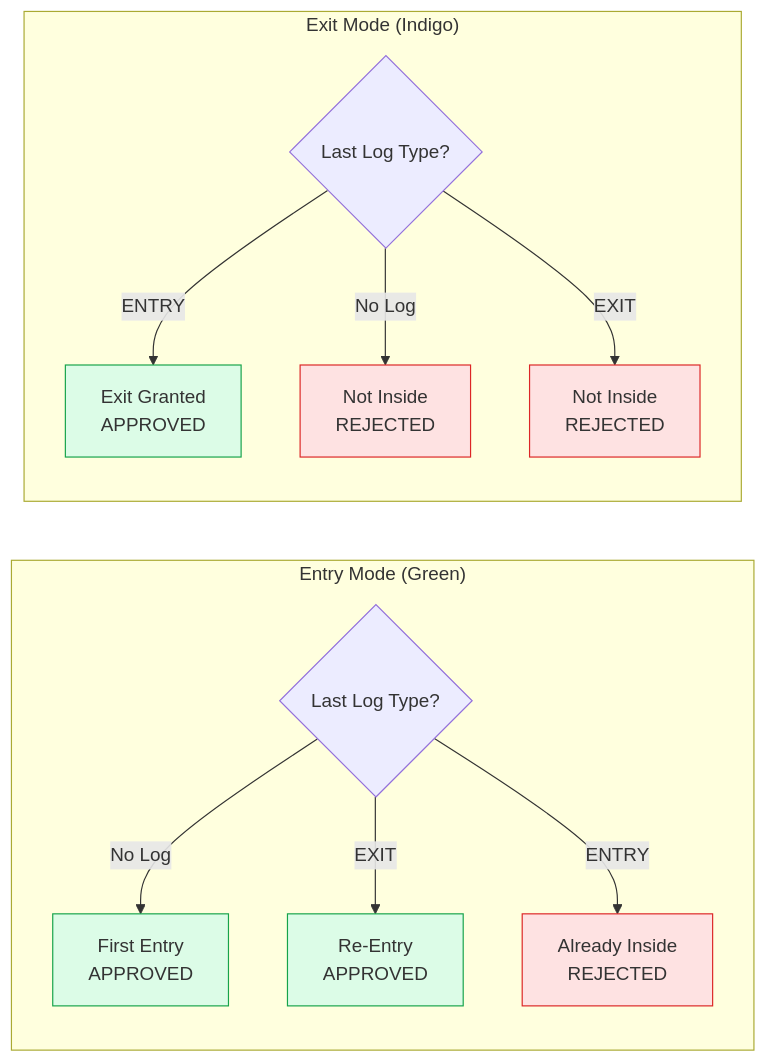
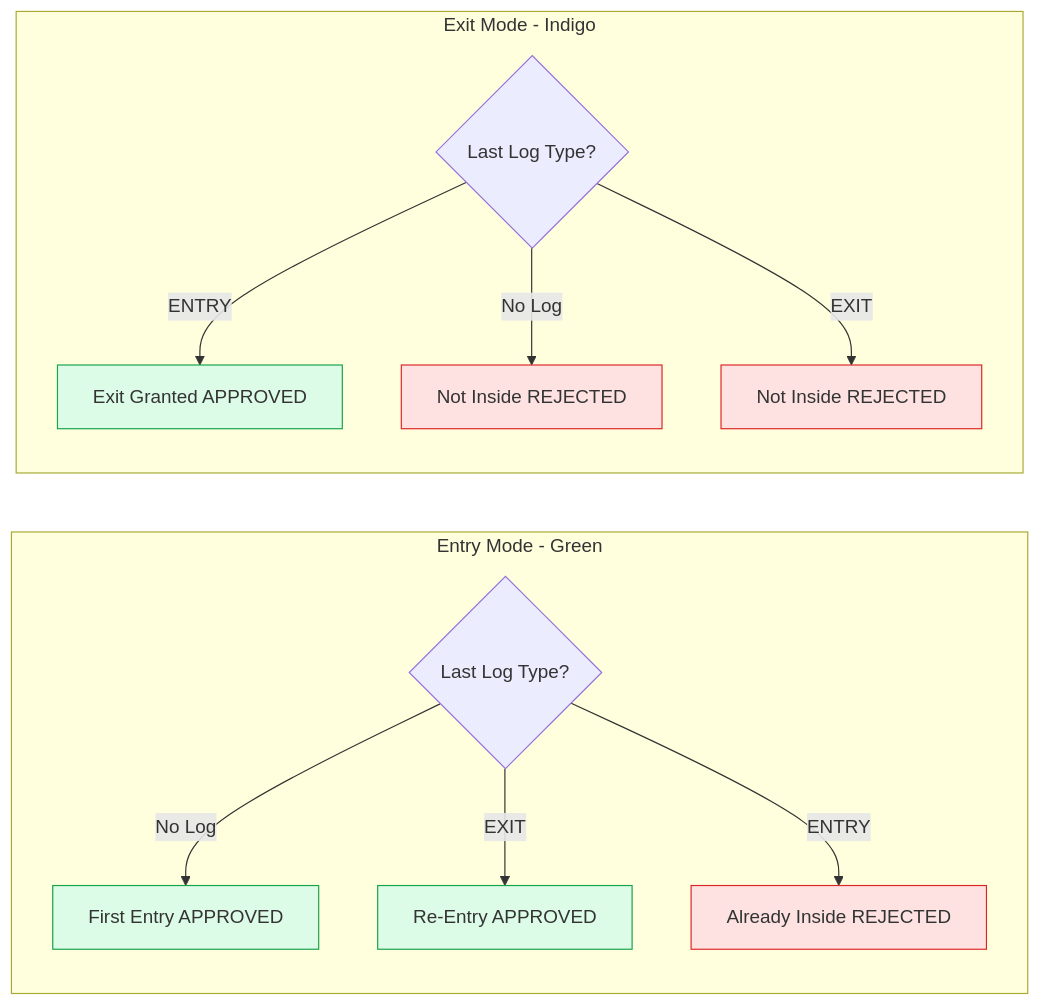
Before and after one commit to MuhammadAliyan10/SENTINEL: the third of 4 diagrams in docs/App.md, drawn with Mermaid. The commit also changed 1 other file, not shown here.

Commit message:
Fix the canvas rendring issue

````diff
--- a/docs/App.md
+++ b/docs/App.md
@@ -619,23 +619,23 @@
 ```mermaid
 flowchart LR
-    subgraph Entry["Entry Mode (Green)"]
+    subgraph Entry["Entry Mode - Green"]
         E1{Last Log Type?}
-        E1 -->|No Log| E2[First Entry<br/>APPROVED]
-        E1 -->|EXIT| E3[Re-Entry<br/>APPROVED]
-        E1 -->|ENTRY| E4[Already Inside<br/>REJECTED]
+        E1 -->|No Log| E2[First Entry APPROVED]
+        E1 -->|EXIT| E3[Re-Entry APPROVED]
+        E1 -->|ENTRY| E4[Already Inside REJECTED]
     end
 
-    subgraph Exit["Exit Mode (Indigo)"]
+    subgraph Exit["Exit Mode - Indigo"]
         X1{Last Log Type?}
-        X1 -->|ENTRY| X2[Exit Granted<br/>APPROVED]
-        X1 -->|No Log| X3[Not Inside<br/>REJECTED]
-        X1 -->|EXIT| X4[Not Inside<br/>REJECTED]
+        X1 -->|ENTRY| X2[Exit Granted APPROVED]
+        X1 -->|No Log| X3[Not Inside REJECTED]
+        X1 -->|EXIT| X4[Not Inside REJECTED]
     end
 
     style E2 fill:#dcfce7,stroke:#16a34a
     style E3 fill:#dcfce7,stroke:#16a34a
     style E4 fill:#fee2e2,stroke:#dc2626
     style X2 fill:#dcfce7,stroke:#16a34a
     style X3 fill:#fee2e2,stroke:#dc2626
     style X4 fill:#fee2e2,stroke:#dc2626
 ```
````
